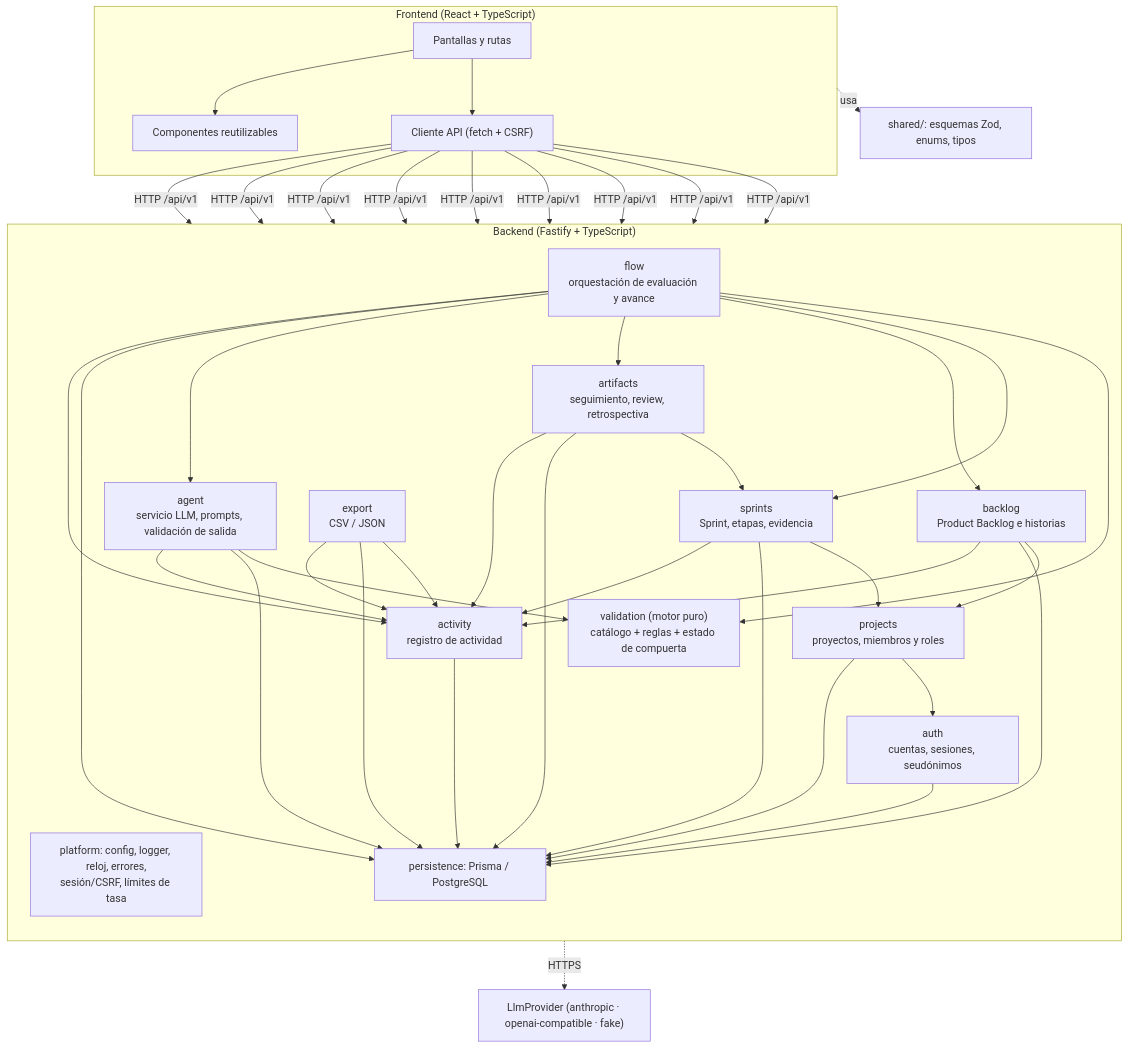
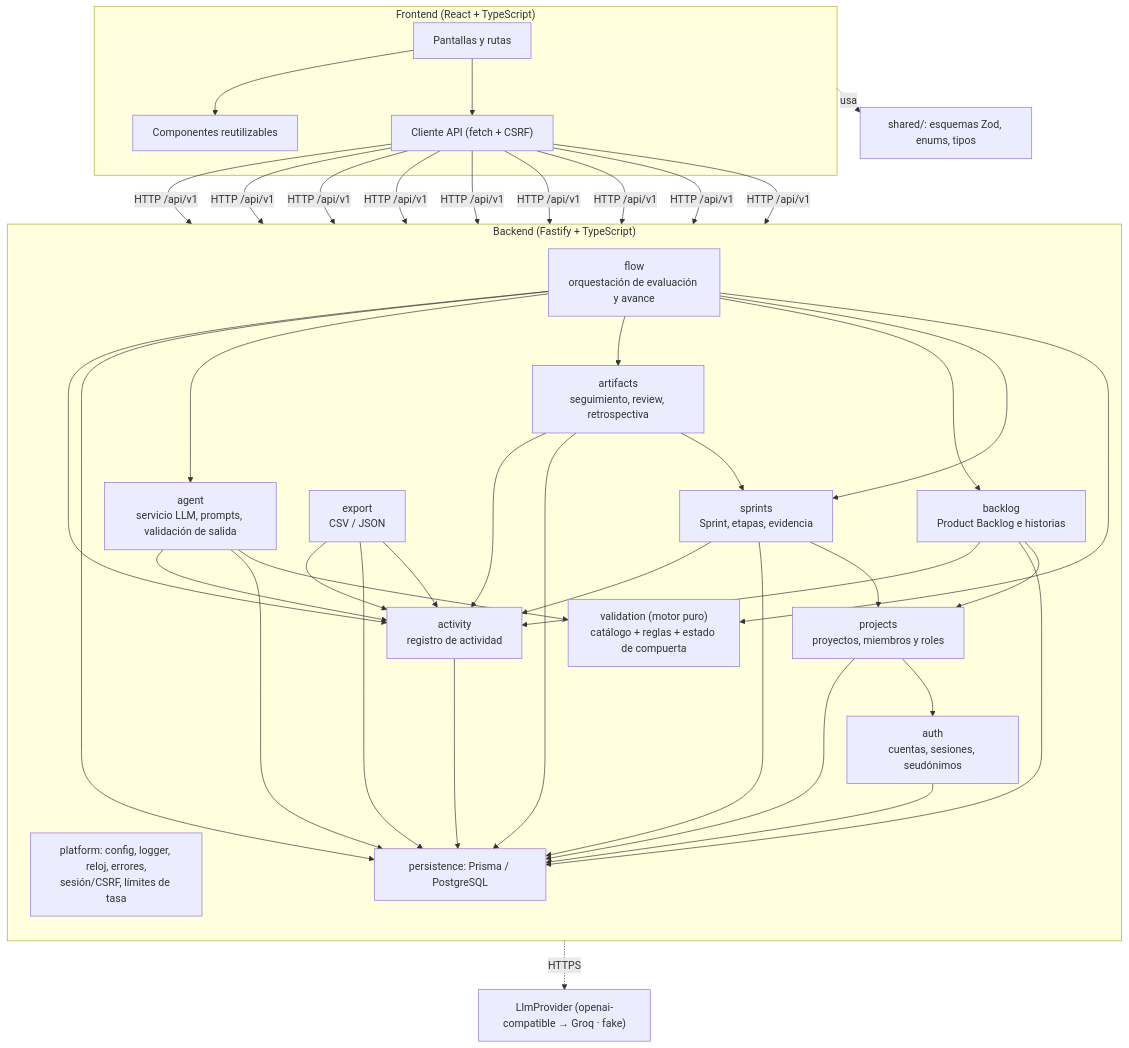
The diagram in specs/001-scrum-ai-agent-guide/diagrams/02-componentes.md (JheraldC/scrum-assistent-intelligent-artificial), drawn with Mermaid before and after one commit. The commit also changed 8 other files, not shown here.

````diff
--- a/specs/001-scrum-ai-agent-guide/diagrams/02-componentes.md
+++ b/specs/001-scrum-ai-agent-guide/diagrams/02-componentes.md
@@ -7,41 +7,41 @@
 ```mermaid
 flowchart TB
     subgraph FE["Frontend (React + TypeScript)"]
         PAG["Pantallas y rutas"] --> COMP["Componentes reutilizables"]
         PAG --> APIC["Cliente API (fetch + CSRF)"]
     end
     SH["shared/: esquemas Zod, enums, tipos"]
     FE -.usa.-> SH
 
     subgraph BE["Backend (Fastify + TypeScript)"]
         direction TB
         PLAT["platform: config, logger, reloj, errores,<br/>sesión/CSRF, límites de tasa"]
         AUTH["auth<br/>cuentas, sesiones, seudónimos"]
         PROJ["projects<br/>proyectos, miembros y roles"]
         BACK["backlog<br/>Product Backlog e historias"]
         SPR["sprints<br/>Sprint, etapas, evidencia"]
         ART["artifacts<br/>seguimiento, review, retrospectiva"]
         FLOW["flow<br/>orquestación de evaluación y avance"]
         ENG["validation (motor puro)<br/>catálogo + reglas + estado de compuerta"]
         AG["agent<br/>servicio LLM, prompts, validación de salida"]
         ACT["activity<br/>registro de actividad"]
         EXP["export<br/>CSV / JSON"]
         PRISMA["persistence: Prisma / PostgreSQL"]
     end
     APIC -- "HTTP /api/v1" --> AUTH & PROJ & BACK & SPR & ART & FLOW & AG & EXP & ACT
 
     PROJ --> AUTH
     BACK --> PROJ
     SPR --> PROJ
     ART --> SPR
     FLOW --> ENG
     FLOW --> SPR
     FLOW --> BACK
     FLOW --> ART
     FLOW --> AG
     AG --> ENG
     EXP --> ACT
     AUTH & PROJ & BACK & SPR & ART & FLOW & AG & ACT & EXP --> PRISMA
     BACK & SPR & ART & FLOW & AG & EXP --> ACT
-    AG -. "HTTPS" .-> LLM["LlmProvider (anthropic · openai-compatible · fake)"]
+    AG -. "HTTPS" .-> LLM["LlmProvider (openai-compatible → Groq · fake)"]
 ```
````
